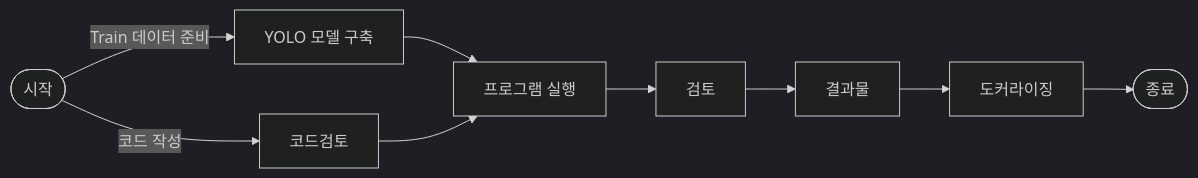
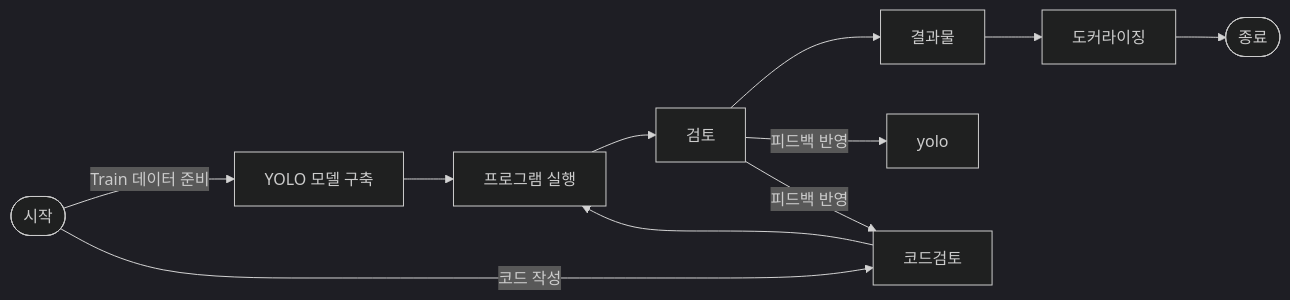
One commit to gamdumdum/my-project changed the first of 2 diagrams in README.md. Above: the diagram before and after it, drawn with Mermaid (dark theme).

````diff
--- a/README.md
+++ b/README.md
@@ -2,17 +2,19 @@
 ```mermaid
 flowchart LR
     시작([시작])
     시작 -->|Train 데이터 준비| Yolo[YOLO 모델 구축]
     시작 -->|코드 작성| 코드검토[코드검토]
 
     Yolo --> 실행[프로그램 실행]
     코드검토 --> 실행
 
     실행 --> 검토[검토]
     검토 --> 결과[결과물]
 
 
     결과 --> 도커[도커라이징]
     도커 --> 종료([종료])
+    검토 -->|피드백 반영|yolo
+    검토 -->|피드백 반영|코드검토
 
 ```
````
